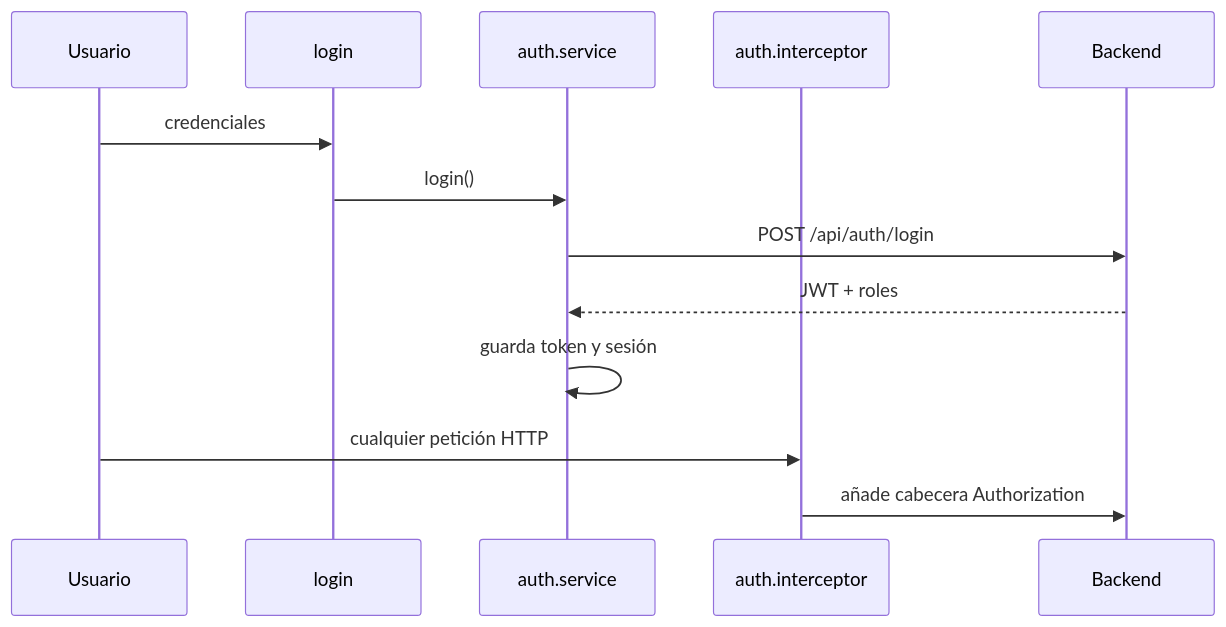
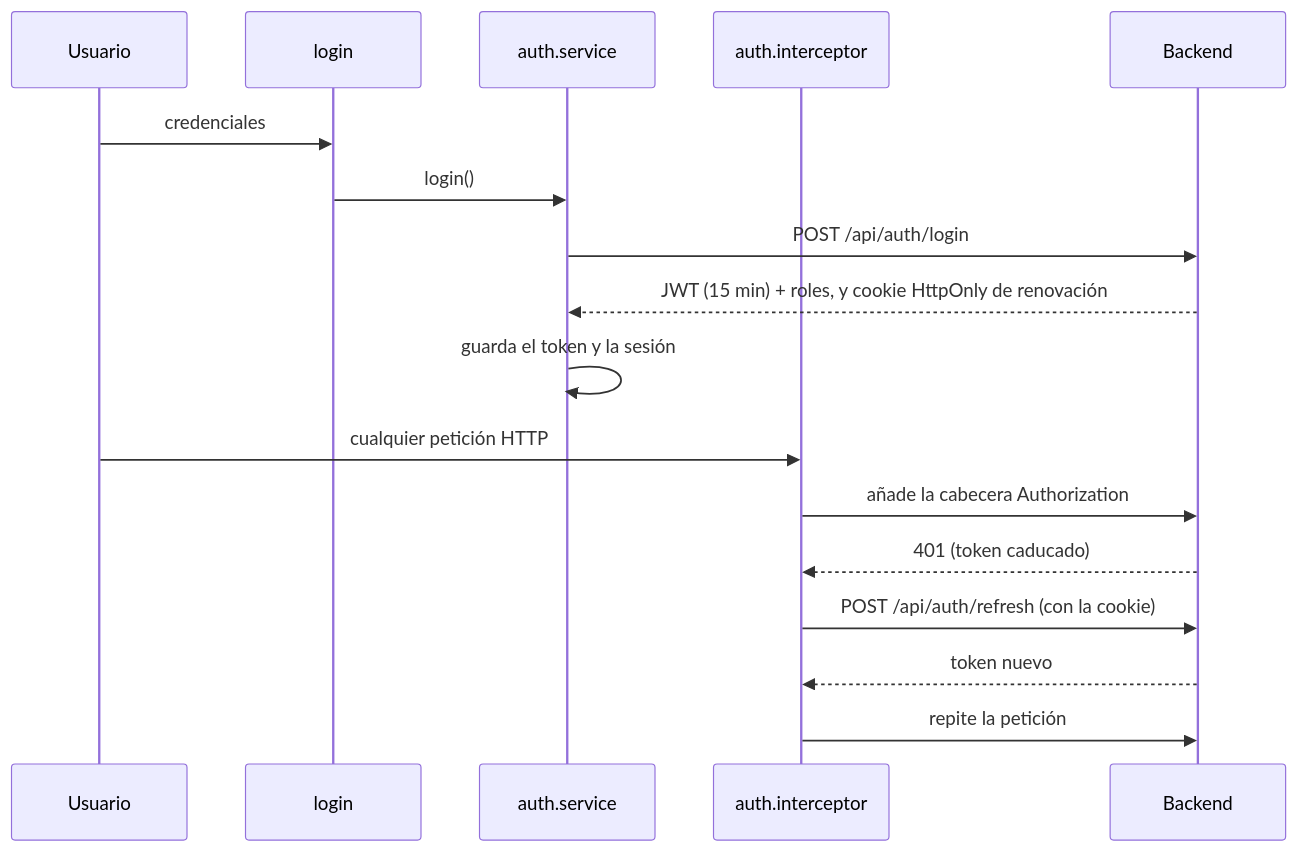
One commit to juanparejog/BarHub2.0 changed the second of 2 diagrams in docs/frontend.md. Above: the diagram before and after it, drawn with Mermaid. The commit also changed other lines of this file and 15 other files, not shown here.

````diff
--- a/docs/frontend.md
+++ b/docs/frontend.md
@@ -97,16 +101,20 @@
 ```mermaid
 sequenceDiagram
     participant U as Usuario
     participant L as login
     participant S as auth.service
     participant I as auth.interceptor
     participant API as Backend
 
     U->>L: credenciales
     L->>S: login()
     S->>API: POST /api/auth/login
-    API-->>S: JWT + roles
-    S->>S: guarda token y sesión
+    API-->>S: JWT (15 min) + roles, y cookie HttpOnly de renovación
+    S->>S: guarda el token y la sesión
     U->>I: cualquier petición HTTP
-    I->>API: añade cabecera Authorization
+    I->>API: añade la cabecera Authorization
+    API-->>I: 401 (token caducado)
+    I->>API: POST /api/auth/refresh (con la cookie)
+    API-->>I: token nuevo
+    I->>API: repite la petición
 ```
````
